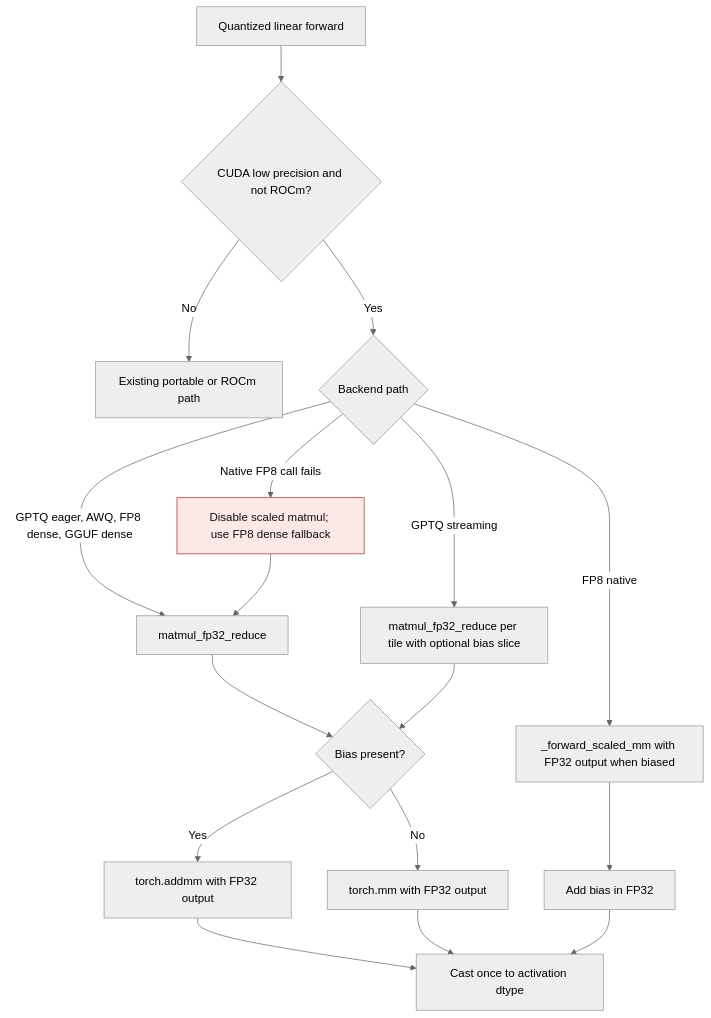
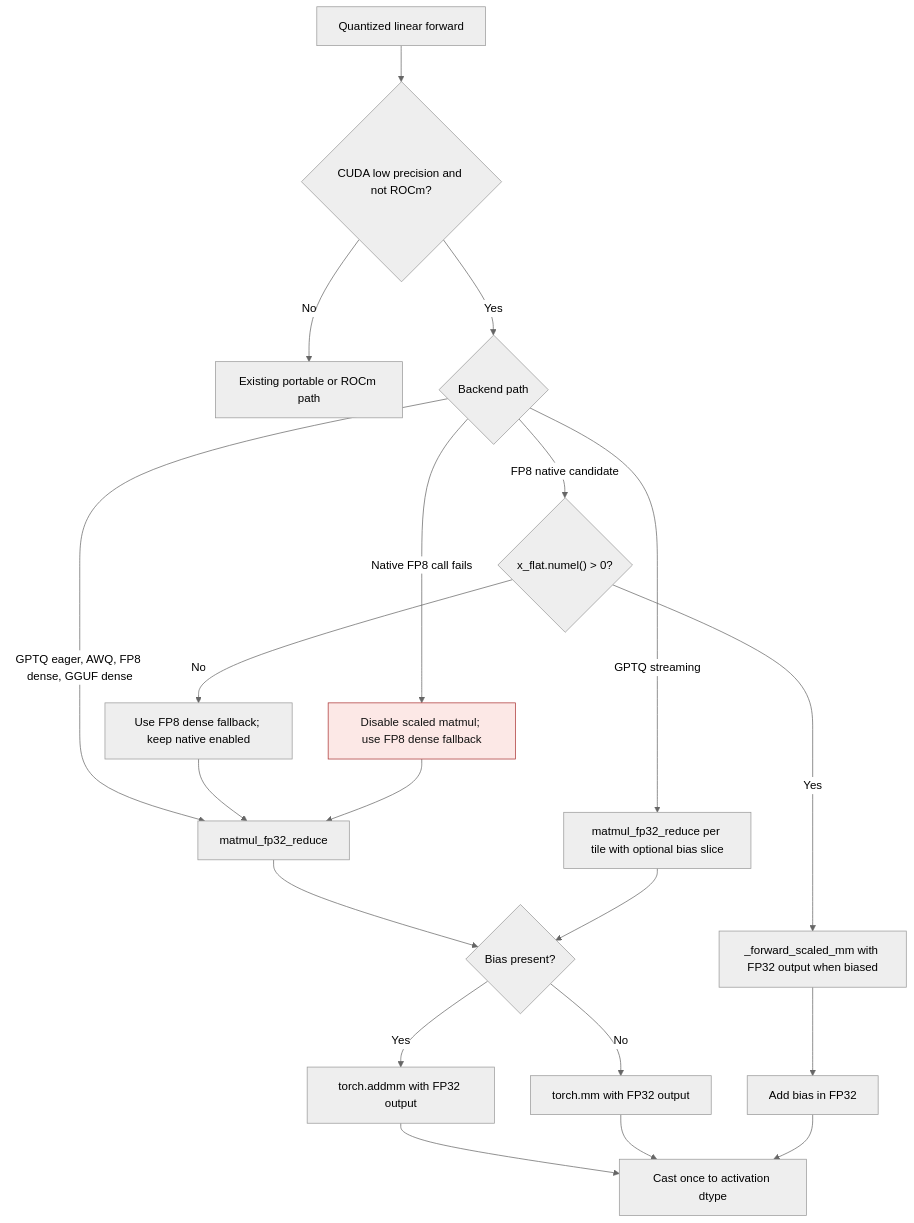
Before and after one commit to ModelCloud/GPTQModel: the first of 2 diagrams in docs/cuda-quantized-bias-epilogue.md, drawn with Mermaid (neutral theme). The commit also changed other lines of this file and 3 other files, not shown here.

Commit message:
fix(cuda): keep FP8 scaled matmul eligible after empty forward

````diff
--- a/docs/cuda-quantized-bias-epilogue.md
+++ b/docs/cuda-quantized-bias-epilogue.md
@@ -14,21 +14,24 @@
 ```mermaid
 flowchart TD
     A["Quantized linear forward"] --> B{"CUDA low precision and not ROCm?"}
     B -- "No" --> C["Existing portable or ROCm path"]
     B -- "Yes" --> D{"Backend path"}
     D -- "GPTQ eager, AWQ, FP8 dense, GGUF dense" --> E["matmul_fp32_reduce"]
     D -- "GPTQ streaming" --> F["matmul_fp32_reduce per tile with optional bias slice"]
-    D -- "FP8 native" --> G["_forward_scaled_mm with FP32 output when biased"]
+    D -- "FP8 native candidate" --> R{"x_flat.numel() > 0?"}
+    R -- "Yes" --> G["_forward_scaled_mm with FP32 output when biased"]
+    R -- "No" --> S["Use FP8 dense fallback; keep native enabled"]
+    S --> E
     E --> H{"Bias present?"}
     F --> H
     G --> I["Add bias in FP32"]
     H -- "Yes" --> P["torch.addmm with FP32 output"]
     H -- "No" --> Q["torch.mm with FP32 output"]
     P --> J["Cast once to activation dtype"]
     Q --> J
     I --> J
     D -- "Native FP8 call fails" --> K["Disable scaled matmul; use FP8 dense fallback"]
     K --> E
     classDef failure fill:#fce8e6,stroke:#a33,color:#111
     class K failure
 ```
````
